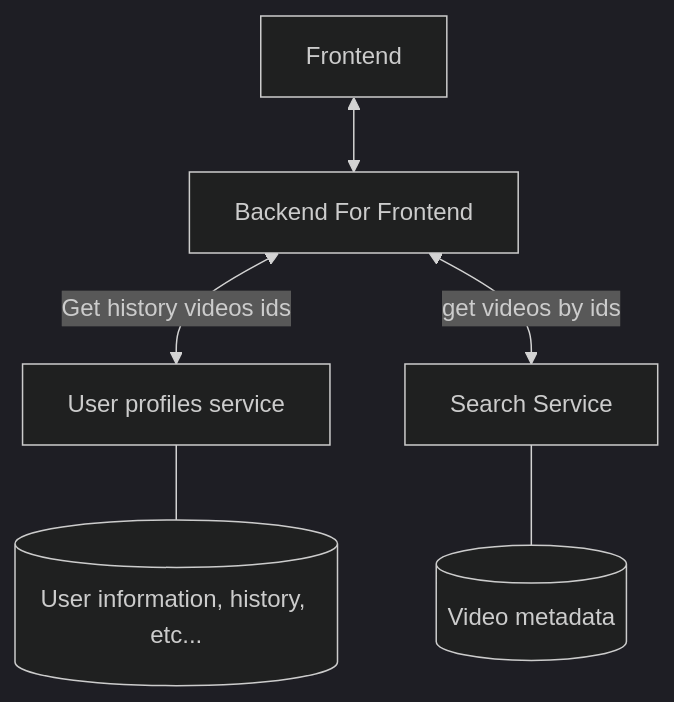
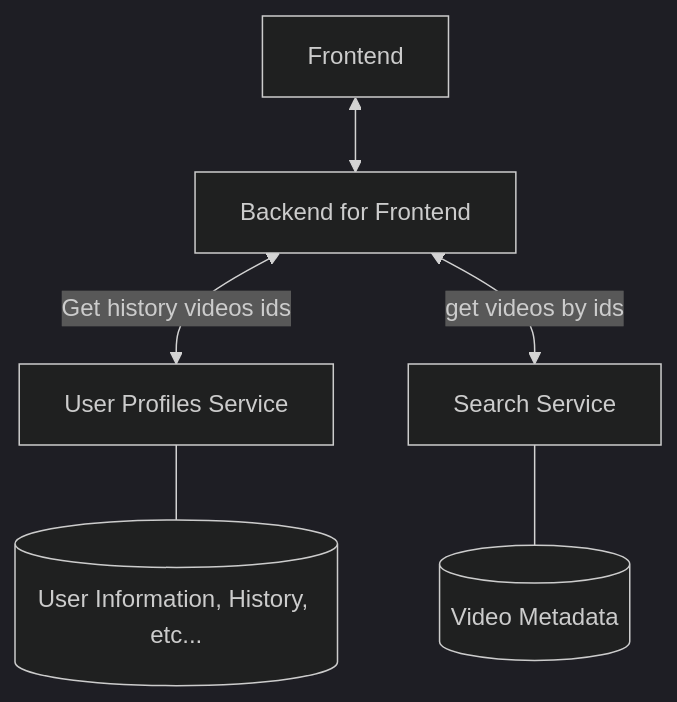
One commit to kevthunder/Vention-system-design-assessment changed the seventh of 12 diagrams in docs/README.md. Above: the diagram before and after it, drawn with Mermaid (dark theme). The commit also changed other lines of this file and 1 other file, not shown here.

````diff
--- a/docs/README.md
+++ b/docs/README.md
@@ -194,15 +199,15 @@
 ```mermaid
 flowchart TD
     Frontend[Frontend]
-    BFF[Backend For Frontend]
+    BFF[Backend for Frontend]
     Frontend <--> BFF
 
-    User[User profiles service]
-    UserDB[(User information, history, etc...)]
-    BFF -- Get history videos ids <--> User --- UserDB
+    User[User Profiles Service]
+    UserDb[(User Information, History, etc...)]
+    BFF -- Get history videos ids <--> User --- UserDb
 
     Search[Search Service]
-    VideoDB[(Video metadata)]
+    VideoDb[(Video Metadata)]
     BFF -- get videos by ids <--> Search
-    Search --- VideoDB
+    Search --- VideoDb
 ```
````
